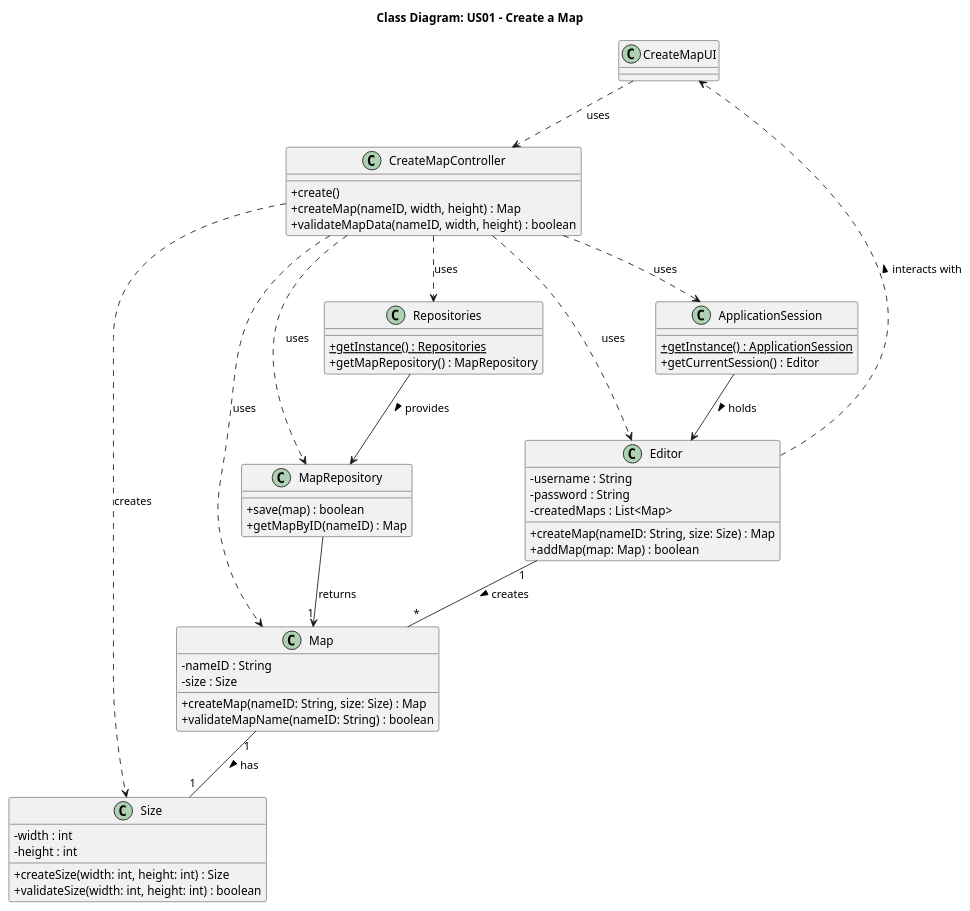
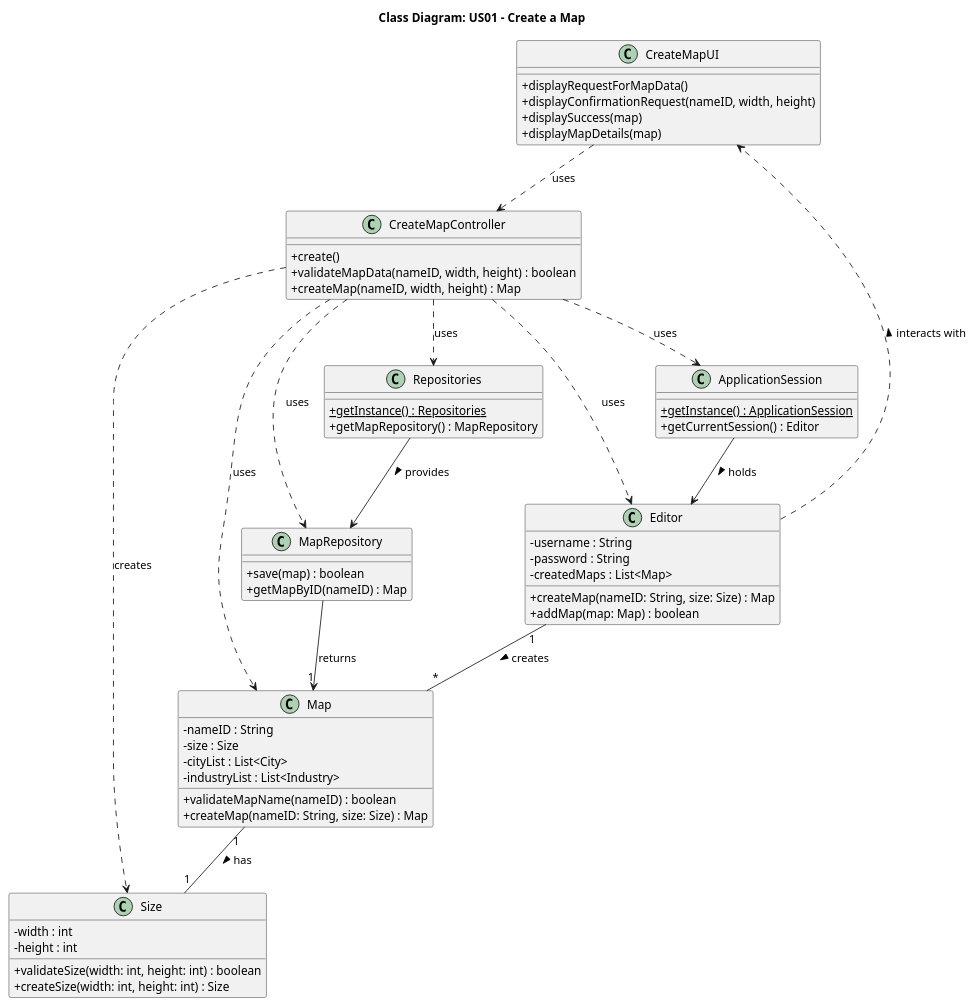
One commit to HenriqueSilva18/Railway-Network-Simulator changed the diagram in docs/system-documentation/Sprint 2/US01/03.design/puml/US01-CD.puml. Above: the diagram before and after it, drawn with PlantUML. The commit also changed 23 other files, not shown here.

```diff
--- a/docs/system-documentation/Sprint 2/US01/03.design/puml/US01-CD.puml
+++ b/docs/system-documentation/Sprint 2/US01/03.design/puml/US01-CD.puml
@@ -1,75 +1,81 @@
 @startuml
 skinparam packageStyle rectangle
 skinparam shadowing false
 skinparam classAttributeIconSize 0
 
 title Class Diagram: US01 - Create a Map
 
 class CreateMapUI {
+    + displayRequestForMapData()
+    + displayConfirmationRequest(nameID, width, height)
+    + displaySuccess(map)
+    + displayMapDetails(map)
 }
 
 class CreateMapController {
     + create()
+    + validateMapData(nameID, width, height) : boolean
     + createMap(nameID, width, height) : Map
-    + validateMapData(nameID, width, height) : boolean
 }
 
 class MapRepository {
     + save(map) : boolean
     + getMapByID(nameID) : Map
 }
 
 class Repositories {
     + {static} getInstance() : Repositories
     + getMapRepository() : MapRepository
 }
 
 class ApplicationSession {
     + {static} getInstance() : ApplicationSession
     + getCurrentSession() : Editor
 }
 
 class Map {
     - nameID : String
     - size : Size
-    
+    - cityList : List<City>
+    - industryList : List<Industry>
+
+    + validateMapName(nameID) : boolean
     + createMap(nameID: String, size: Size) : Map
-    + validateMapName(nameID: String) : boolean
 }
 
 class Size {
     - width : int
     - height : int
     
+    + validateSize(width: int, height: int) : boolean
     + createSize(width: int, height: int) : Size
-    + validateSize(width: int, height: int) : boolean
 }
 
 class Editor {
     - username : String
     - password : String
     - createdMaps : List<Map>
     
     + createMap(nameID: String, size: Size) : Map
     + addMap(map: Map) : boolean
 }
 
 CreateMapUI ..> CreateMapController : uses
 CreateMapController ..> MapRepository : uses
 CreateMapController ..> Repositories : uses
 CreateMapController ..> ApplicationSession : uses
 CreateMapController ..> Map : uses
 CreateMapController ..> Size : creates
 CreateMapController ..> Editor : uses
 
 Map "1" -- "1" Size : has >
 MapRepository --> "1" Map : returns
 Editor "1" -- "*" Map : creates >
 
 Repositories --> MapRepository : provides >
 
 ApplicationSession --> Editor : holds >
 
 Editor ..> CreateMapUI : interacts with >
 
 @enduml
```
